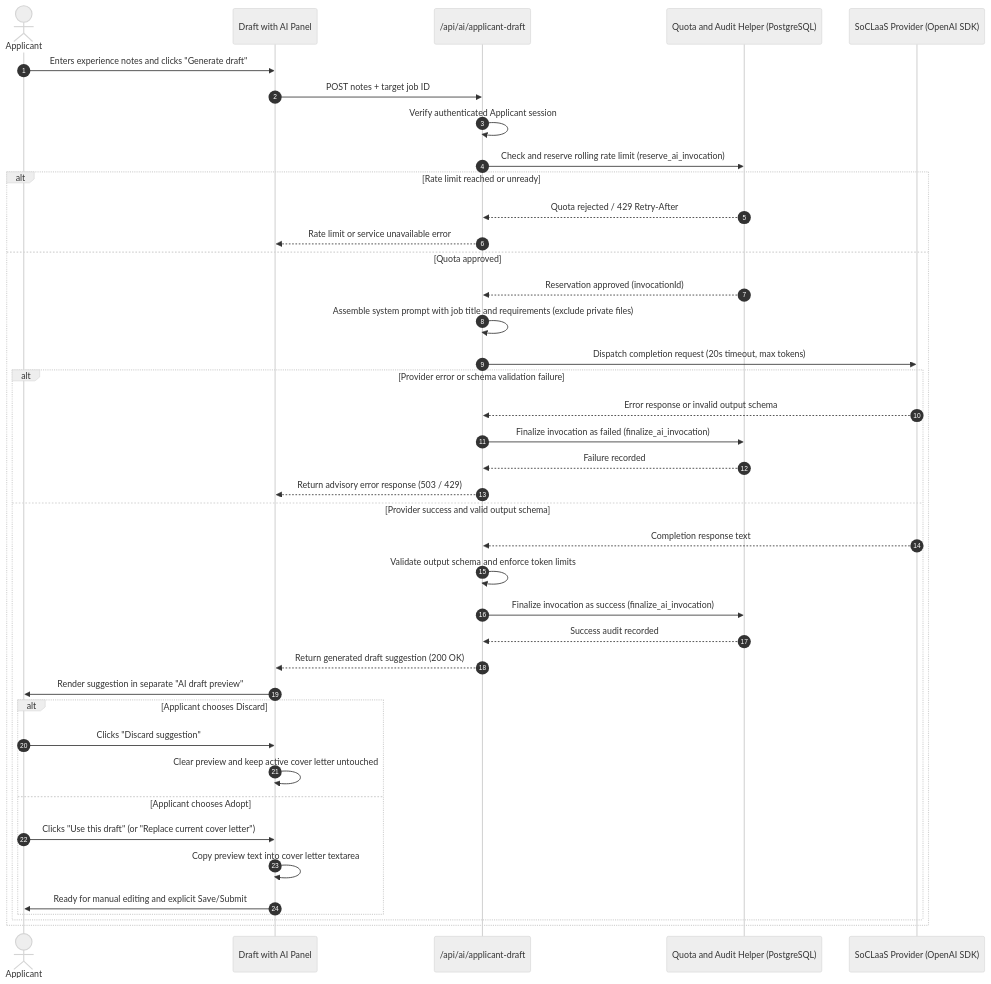
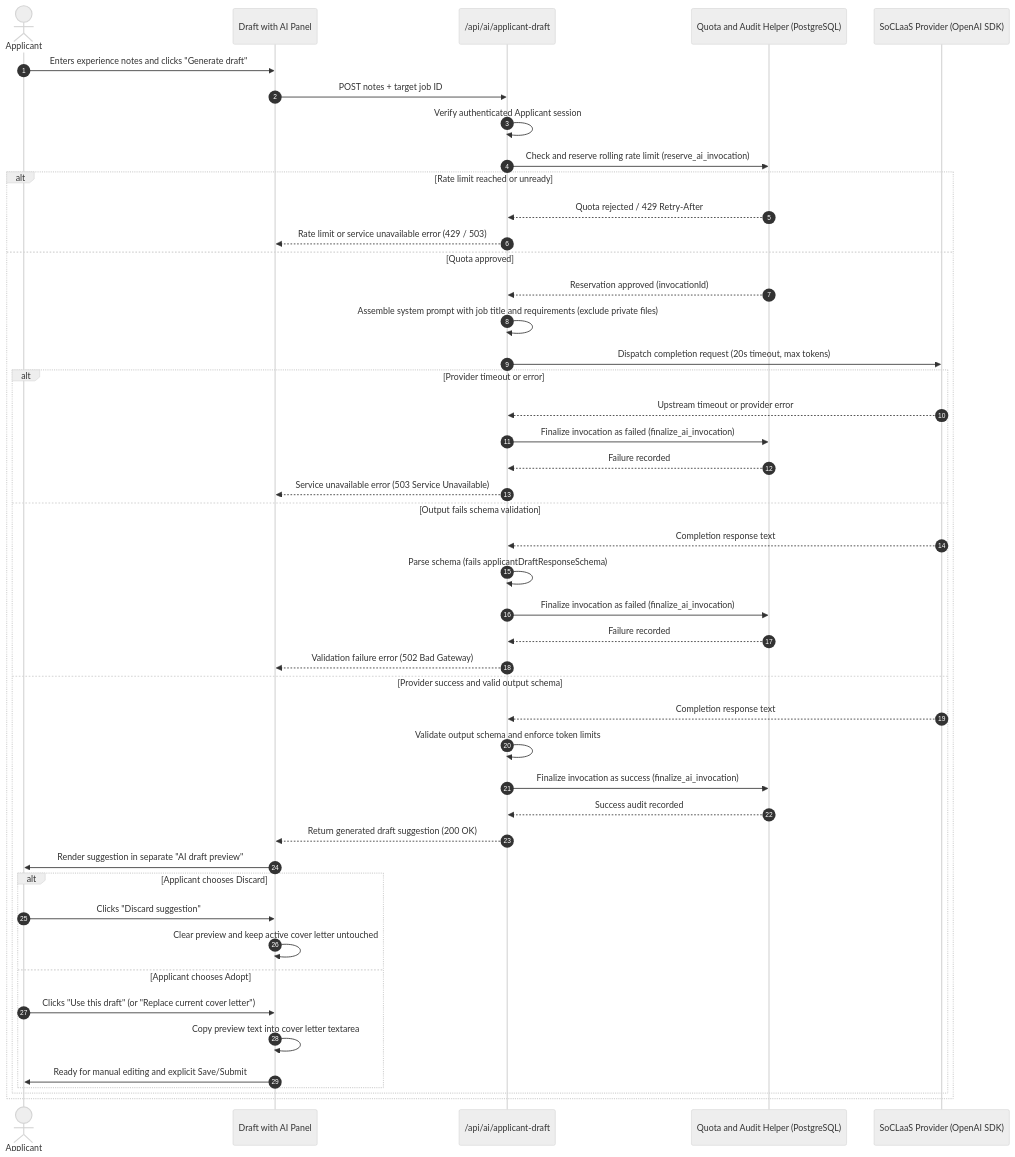
One commit to CS3227-2610-MP3-ConnectTalent/CS3227-2610-MP3 changed the fifth of 9 diagrams in docs/DeveloperGuide.md. Above: the diagram before and after it, drawn with Mermaid (neutral theme). The commit also changed other lines of this file and 2 other files, not shown here.

````diff
--- a/docs/DeveloperGuide.md
+++ b/docs/DeveloperGuide.md
@@ -975,43 +979,49 @@
 ```mermaid
 sequenceDiagram
     autonumber
     actor Applicant
     participant UI as Draft with AI Panel
     participant API as /api/ai/applicant-draft
     participant Quota as Quota and Audit Helper (PostgreSQL)
     participant SoCLaaS as SoCLaaS Provider (OpenAI SDK)
 
     Applicant->>UI: Enters experience notes and clicks "Generate draft"
     UI->>API: POST notes + target job ID
     API->>API: Verify authenticated Applicant session
     API->>Quota: Check and reserve rolling rate limit (reserve_ai_invocation)
     alt Rate limit reached or unready
         Quota-->>API: Quota rejected / 429 Retry-After
-        API-->>UI: Rate limit or service unavailable error
+        API-->>UI: Rate limit or service unavailable error (429 / 503)
     else Quota approved
         Quota-->>API: Reservation approved (invocationId)
         API->>API: Assemble system prompt with job title and requirements (exclude private files)
         API->>SoCLaaS: Dispatch completion request (20s timeout, max tokens)
-        alt Provider error or schema validation failure
-            SoCLaaS-->>API: Error response or invalid output schema
+        alt Provider timeout or error
+            SoCLaaS-->>API: Upstream timeout or provider error
             API->>Quota: Finalize invocation as failed (finalize_ai_invocation)
             Quota-->>API: Failure recorded
-            API-->>UI: Return advisory error response (503 / 429)
+            API-->>UI: Service unavailable error (503 Service Unavailable)
+        else Output fails schema validation
+            SoCLaaS-->>API: Completion response text
+            API->>API: Parse schema (fails applicantDraftResponseSchema)
+            API->>Quota: Finalize invocation as failed (finalize_ai_invocation)
+            Quota-->>API: Failure recorded
+            API-->>UI: Validation failure error (502 Bad Gateway)
         else Provider success and valid output schema
             SoCLaaS-->>API: Completion response text
             API->>API: Validate output schema and enforce token limits
             API->>Quota: Finalize invocation as success (finalize_ai_invocation)
             Quota-->>API: Success audit recorded
             API-->>UI: Return generated draft suggestion (200 OK)
             UI->>Applicant: Render suggestion in separate "AI draft preview"
             alt Applicant chooses Discard
                 Applicant->>UI: Clicks "Discard suggestion"
                 UI->>UI: Clear preview and keep active cover letter untouched
             else Applicant chooses Adopt
                 Applicant->>UI: Clicks "Use this draft" (or "Replace current cover letter")
                 UI->>UI: Copy preview text into cover letter textarea
                 UI->>Applicant: Ready for manual editing and explicit Save/Submit
             end
         end
     end
 ```
````
